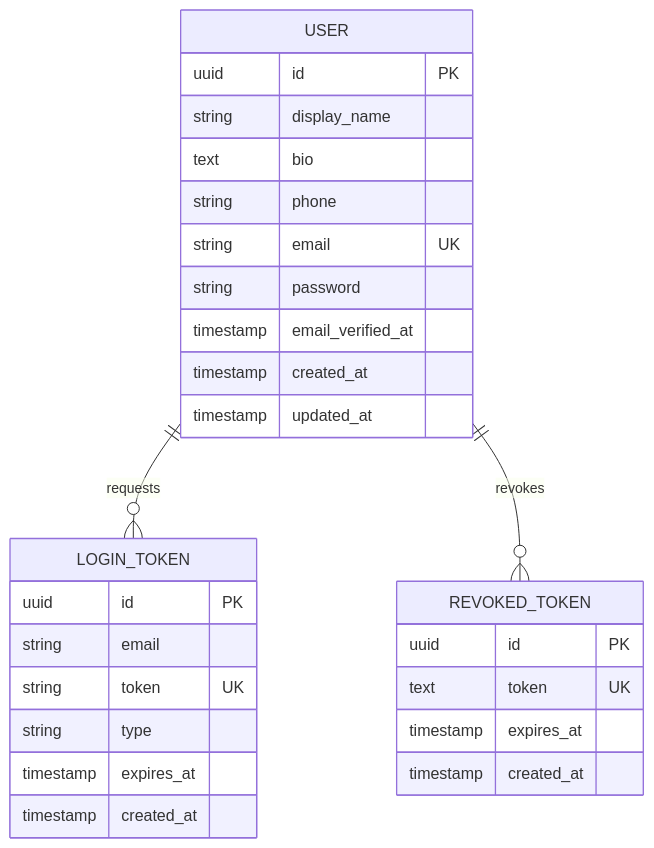
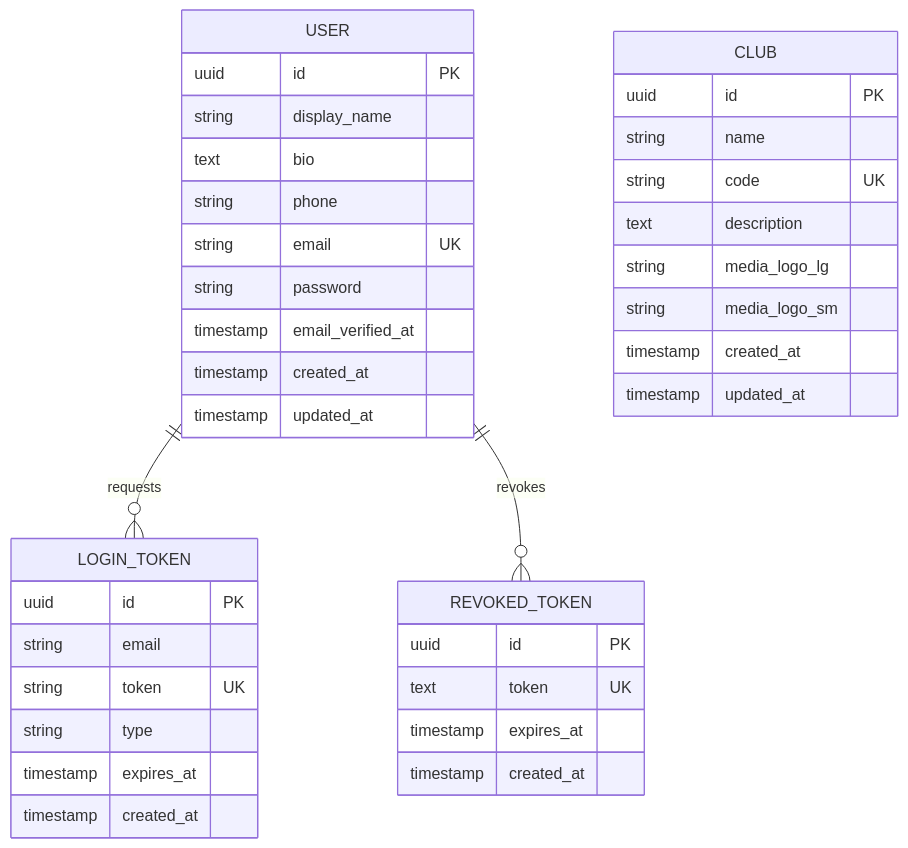
One commit to antoinefricker/u-club changed the diagram in database-diagram.mermaid. Above: the diagram before and after it, drawn with Mermaid. The commit also changed 1 other file, not shown here.

Commit message:
feat: add clubs table migration and update diagram

```diff
--- a/database-diagram.mermaid
+++ b/database-diagram.mermaid
@@ -1,33 +1,44 @@
 erDiagram
     USER {
         uuid id PK
         string display_name
         text bio
         string phone
         string email UK
         string password
         timestamp email_verified_at
         timestamp created_at
         timestamp updated_at
     }
 
     LOGIN_TOKEN {
         uuid id PK
         string email
         string token UK
         string type
         timestamp expires_at
         timestamp created_at
     }
 
+    CLUB {
+        uuid id PK
+        string name
+        string code UK
+        text description
+        string media_logo_lg
+        string media_logo_sm
+        timestamp created_at
+        timestamp updated_at
+    }
+
     REVOKED_TOKEN {
         uuid id PK
         text token UK
         timestamp expires_at
         timestamp created_at
     }
 
     %% ── Relationships ────────────────────────────────────
 
     USER          ||--o{ LOGIN_TOKEN        : "requests"
     USER          ||--o{ REVOKED_TOKEN      : "revokes"
```
